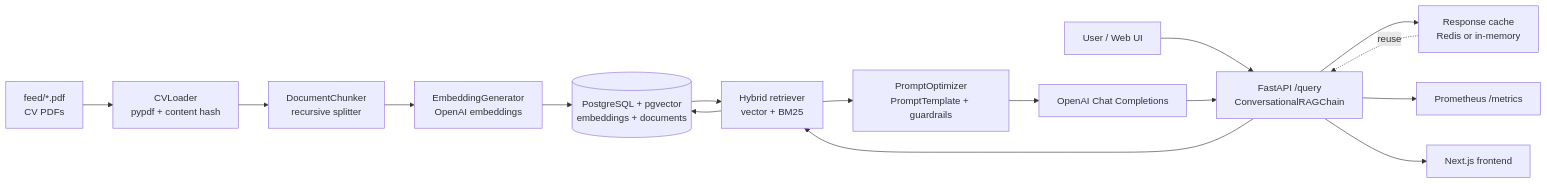
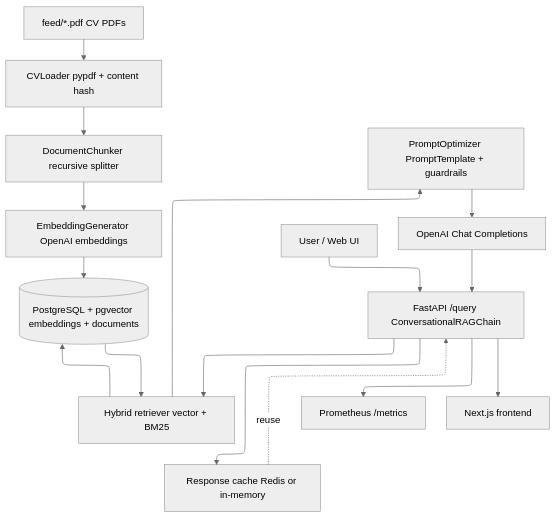
Before and after one commit to Jamesnaismit/cv-screener: the diagram in README.md, drawn with Mermaid. The commit also changed other lines of this file, not shown here.

Commit message:
Revise README for quick start and command updates
Updated the quick start instructions and core commands in the README file to reflect changes in the setup process and added additional context for the flowchart.

````diff
--- a/README.md
+++ b/README.md
@@ -64,19 +67,24 @@
 ```mermaid
-flowchart LR
-    Feed[feed/*.pdf\nCV PDFs] --> Loader[CVLoader\npypdf + content hash]
-    Loader --> Chunker[DocumentChunker\nrecursive splitter]
-    Chunker --> Embed[EmbeddingGenerator\nOpenAI embeddings]
-    Embed --> DB[(PostgreSQL + pgvector\nembeddings + documents)]
+---
+config:
+  theme: neutral
+  layout: elk
+---
+flowchart
+    Feed[feed/*.pdf CV PDFs] --> Loader[CVLoader pypdf + content hash]
+    Loader --> Chunker[DocumentChunker recursive splitter]
+    Chunker --> Embed[EmbeddingGenerator OpenAI embeddings]
+    Embed --> DB[(PostgreSQL + pgvector embeddings + documents)]
 
-    User[User / Web UI] --> API[FastAPI /query\nConversationalRAGChain]
-    API --> Retriever[Hybrid retriever\nvector + BM25]
+    User[User / Web UI] --> API[FastAPI /query ConversationalRAGChain]
+    API --> Retriever[Hybrid retriever vector + BM25]
     Retriever --> DB
     DB --> Retriever
-    Retriever --> Prompt[PromptOptimizer\nPromptTemplate + guardrails]
+    Retriever --> Prompt[PromptOptimizer PromptTemplate + guardrails]
     Prompt --> LLM[OpenAI Chat Completions]
     LLM --> API
-    API --> Cache[Response cache\nRedis or in-memory]
+    API --> Cache[Response cache Redis or in-memory]
     Cache -. reuse .-> API
     API --> Metrics[Prometheus /metrics]
     API --> Web[Next.js frontend]
 ```
````
